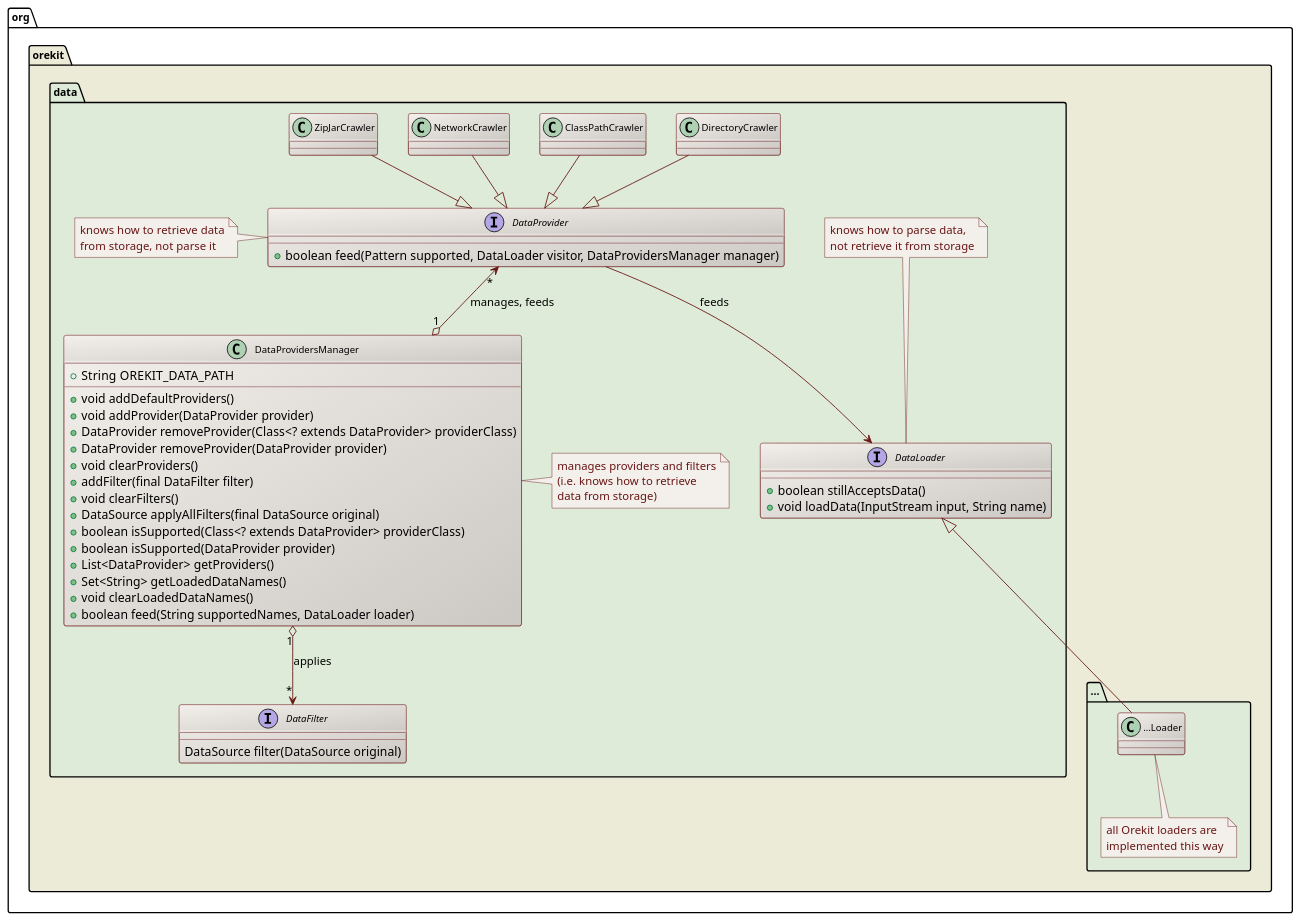
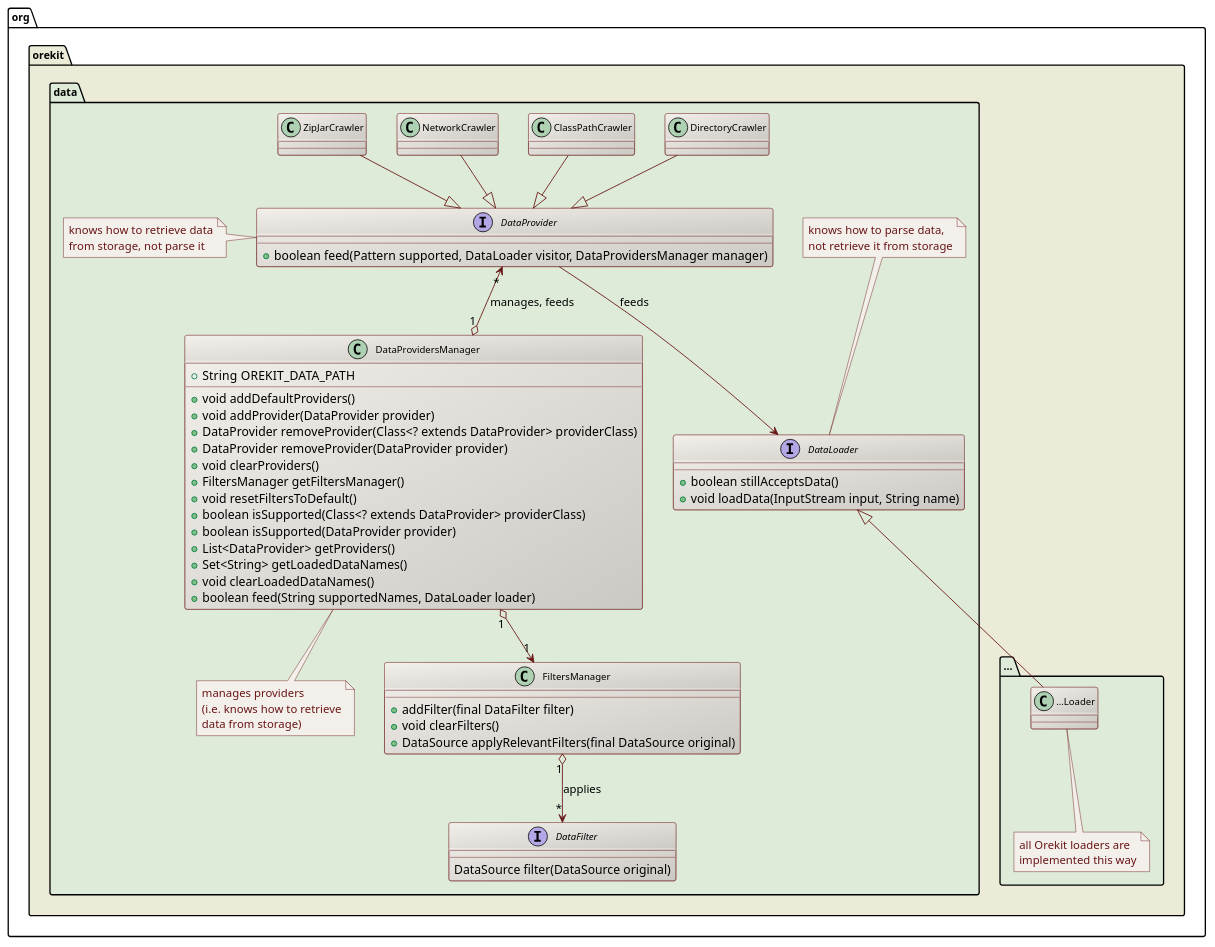
Before and after one commit to CS-SI/Orekit: the diagram in src/design/data-loaders-data-providers-class-diagram.puml, drawn with PlantUML. The commit also changed 17 other files, not shown here.

```diff
--- a/src/design/data-loaders-data-providers-class-diagram.puml
+++ b/src/design/data-loaders-data-providers-class-diagram.puml
@@ -17,82 +17,88 @@
 @startuml
 
   skinparam svek                  true
   skinparam ClassBackgroundColor  #F3EFEB/CCC9C5
   skinparam ClassArrowColor       #691616
   skinparam ClassBorderColor      #691616
   skinparam NoteBackgroundColor   #F3EFEB
   skinparam NoteBorderColor       #691616
   skinparam NoteFontColor         #691616
   skinparam ClassFontSize         11
   skinparam PackageFontSize       12
 
   package org.orekit #ECEBD8 {
 
     package data #DDEBD8 {
 
       interface DataProvider {
         +boolean feed(Pattern supported, DataLoader visitor, DataProvidersManager manager)
       }
       note left
         knows how to retrieve data
         from storage, not parse it
       end note
 
       class DataProvidersManager {
         +String OREKIT_DATA_PATH
         +void addDefaultProviders()
         +void addProvider(DataProvider provider)
         +DataProvider removeProvider(Class<? extends DataProvider> providerClass)
         +DataProvider removeProvider(DataProvider provider)
         +void clearProviders()
-        +addFilter(final DataFilter filter)
-        +void clearFilters()
-        +DataSource applyAllFilters(final DataSource original)
+        +FiltersManager getFiltersManager()
+        +void resetFiltersToDefault()
         +boolean isSupported(Class<? extends DataProvider> providerClass)
         +boolean isSupported(DataProvider provider)
         +List<DataProvider> getProviders()
         +Set<String> getLoadedDataNames()
         +void clearLoadedDataNames()
         +boolean feed(String supportedNames, DataLoader loader)
       }
-      note right
-        manages providers and filters
+      note bottom
+        manages providers
         (i.e. knows how to retrieve
         data from storage)
       end note
+
+      class FiltersManager {
+        +addFilter(final DataFilter filter)
+        +void clearFilters()
+        +DataSource applyRelevantFilters(final DataSource original)
+      }
 
       interface DataLoader {
         +boolean stillAcceptsData()
         +void loadData(InputStream input, String name)
       }
       note top
         knows how to parse data,
         not retrieve it from storage
       end note
 
       interface DataFilter {
          DataSource filter(DataSource original)
       }
 
       DataProvider "*" <--o "1" DataProvidersManager : manages, feeds
-      DataProvidersManager "1" o--> "*" DataFilter: applies
+      DataProvidersManager "1" o--> "1" FiltersManager
+      FiltersManager "1" o--> "*" DataFilter: applies
       DirectoryCrawler --|> DataProvider
       ClassPathCrawler --|> DataProvider
       NetworkCrawler   --|> DataProvider
       ZipJarCrawler    --|> DataProvider
       DataProvider --> DataLoader : feeds
 
     }
 
     package "..." as dummy #DDEBD8 {
       class "...Loader" as DummyLoader
       note bottom
         all Orekit loaders are
         implemented this way
       end note
       DataLoader <|-- DummyLoader
     }
 
   }
 
 @enduml
```
